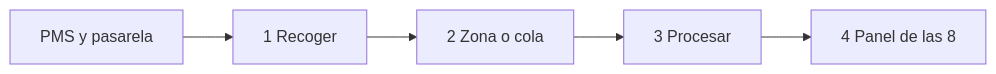
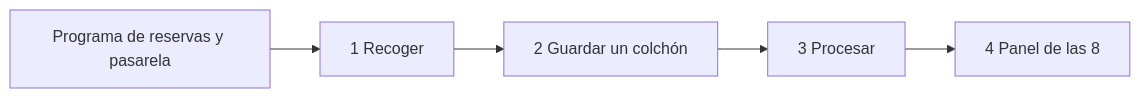
Before and after one commit to iesataulfoargentasor/bda_2026_2027: the diagram in docs/ut1/ingesta.md, drawn with Mermaid. The commit also changed other lines of this file and 1 other file, not shown here.

````diff
--- a/docs/ut1/ingesta.md
+++ b/docs/ut1/ingesta.md
@@ -44,7 +68,7 @@
 ```mermaid
 flowchart LR
-  origen[PMS y pasarela] --> recoger[1 Recoger]
-  recoger --> buffer[2 Zona o cola]
+  origen[Programa de reservas y pasarela] --> recoger[1 Recoger]
+  recoger --> buffer[2 Guardar un colchón]
   buffer --> procesar[3 Procesar]
   procesar --> panel[4 Panel de las 8]
 ```
````
